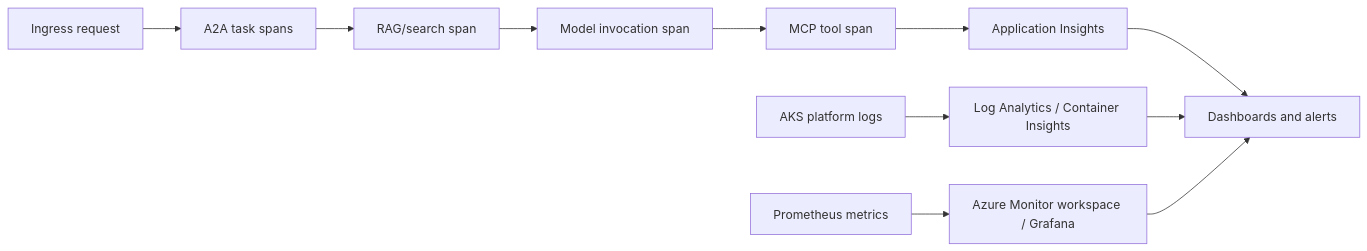
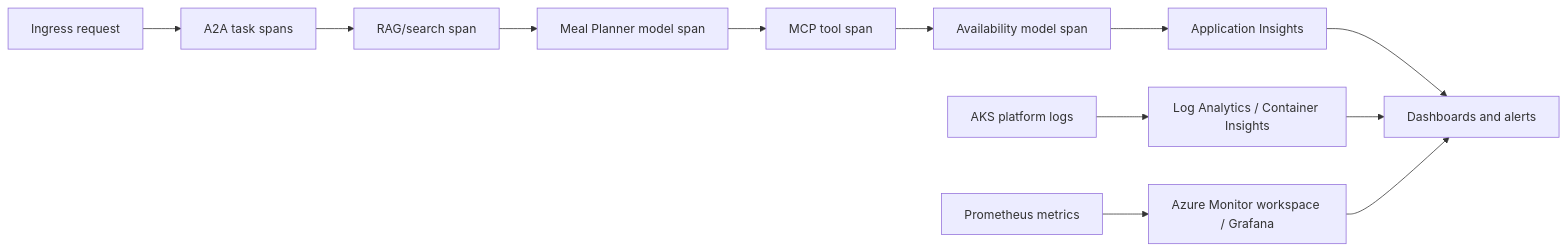
The diagram in docs/security-observability.md (rmoreirao/SampleAKSEntraAngetID), drawn with Mermaid before and after one commit. The commit also changed other lines of this file and 20 other files, not shown here.

First line of the commit message:
Enhance meal planning and availability services with structured reasoning

````diff
--- a/docs/security-observability.md
+++ b/docs/security-observability.md
@@ -47,13 +49,14 @@
 ```mermaid
 flowchart LR
     A[Ingress request] --> B[A2A task spans]
     B --> C[RAG/search span]
-    C --> D[Model invocation span]
+    C --> D[Meal Planner model span]
     D --> E[MCP tool span]
-    E --> F[Application Insights]
+    E --> F[Availability model span]
+    F --> I[Application Insights]
     K[AKS platform logs] --> L[Log Analytics / Container Insights]
     P[Prometheus metrics] --> G[Azure Monitor workspace / Grafana]
-    F --> H[Dashboards and alerts]
+    I --> H[Dashboards and alerts]
     L --> H
     G --> H
 ```
````
